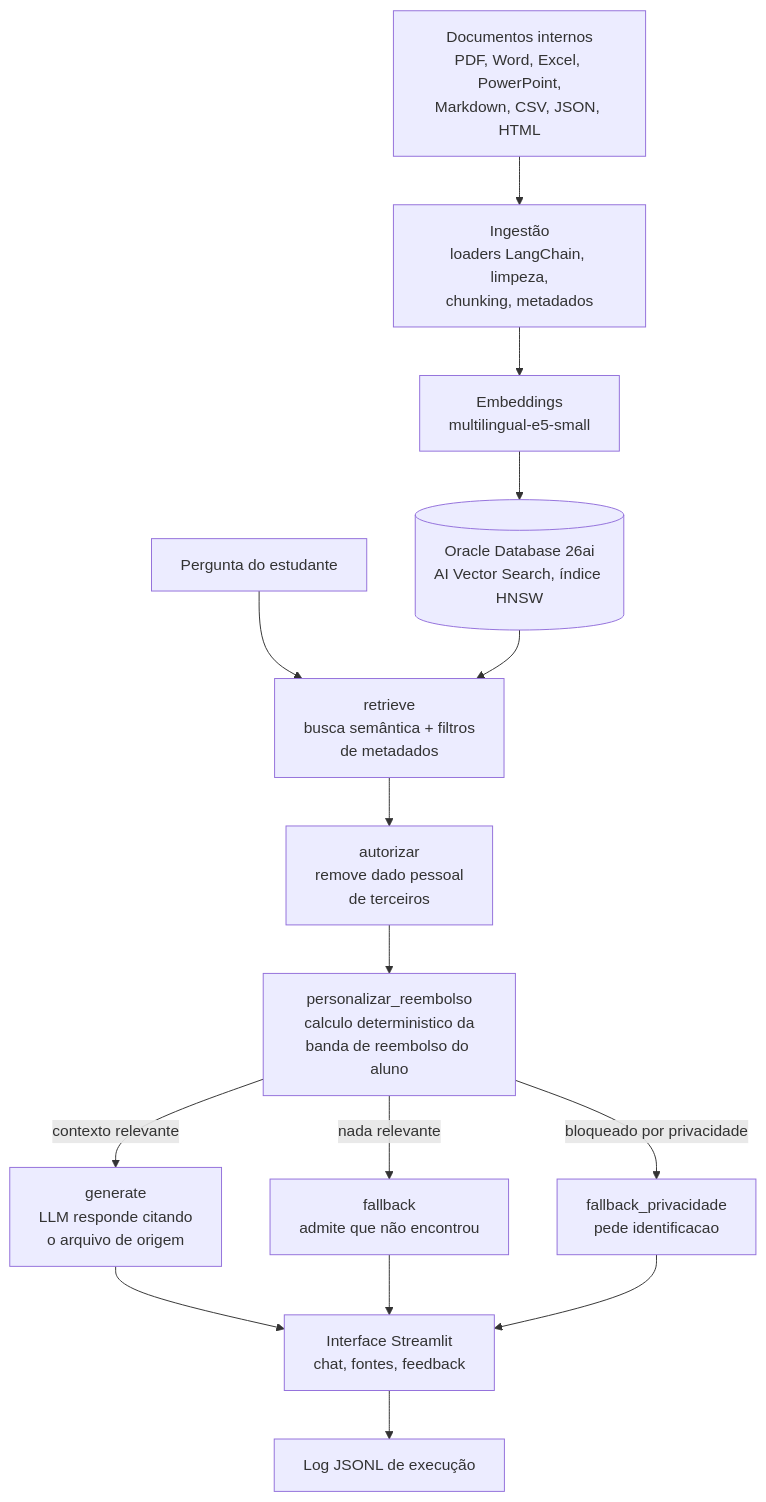
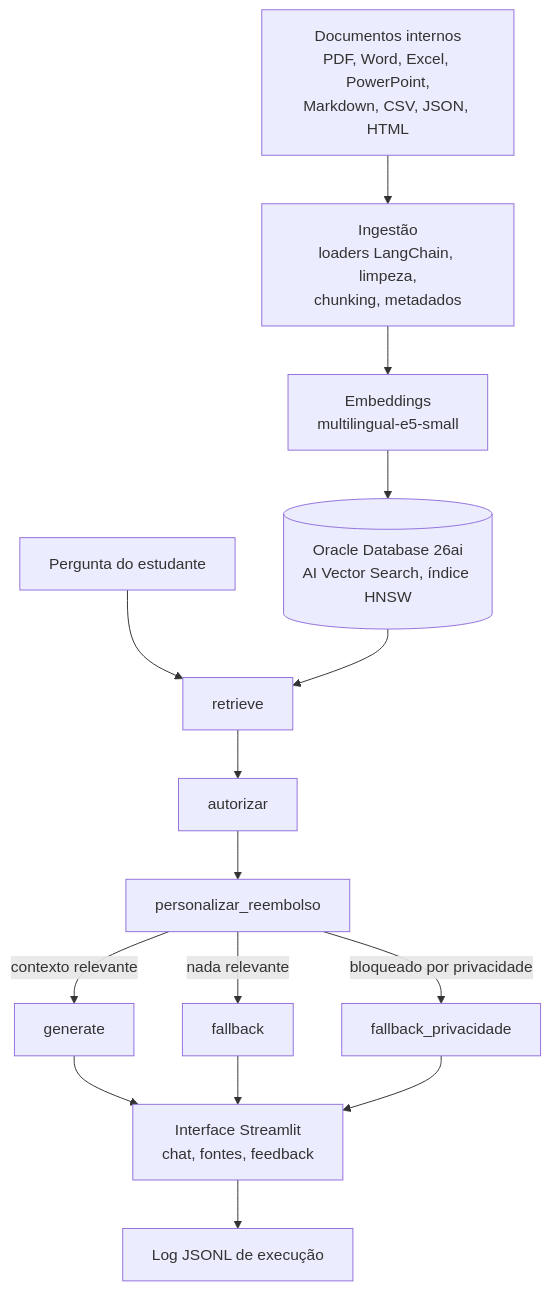
Before and after one commit to NiveskZ/edunova-agente-rag: the diagram in README.md, drawn with Mermaid. The commit also changed other lines of this file and 6 other files, not shown here.

````diff
--- a/README.md
+++ b/README.md
@@ -43,17 +41,17 @@
 ```mermaid
 flowchart TD
     A["Documentos internos<br/>PDF, Word, Excel, PowerPoint,<br/>Markdown, CSV, JSON, HTML"] --> B["Ingestão<br/>loaders LangChain, limpeza,<br/>chunking, metadados"]
     B --> C["Embeddings<br/>multilingual-e5-small"]
     C --> D[("Oracle Database 26ai<br/>AI Vector Search, índice HNSW")]
-    E["Pergunta do estudante"] --> F["retrieve<br/>busca semântica + filtros<br/>de metadados"]
+    E["Pergunta do estudante"] --> F["retrieve"]
     D --> F
-    F --> G["autorizar<br/>remove dado pessoal<br/>de terceiros"]
-    G --> P["personalizar_reembolso<br/>calculo deterministico da<br/>banda de reembolso do aluno"]
-    P -->|contexto relevante| H["generate<br/>LLM responde citando<br/>o arquivo de origem"]
-    P -->|bloqueado por privacidade| I2["fallback_privacidade<br/>pede identificacao"]
-    P -->|nada relevante| I["fallback<br/>admite que não encontrou"]
+    F --> G["autorizar"]
+    G --> P["personalizar_reembolso"]
+    P -->|contexto relevante| H["generate"]
+    P -->|bloqueado por privacidade| I2["fallback_privacidade"]
+    P -->|nada relevante| I["fallback"]
     H --> J["Interface Streamlit<br/>chat, fontes, feedback"]
     I --> J
     I2 --> J
     J --> K["Log JSONL de execução"]
 ```
````
